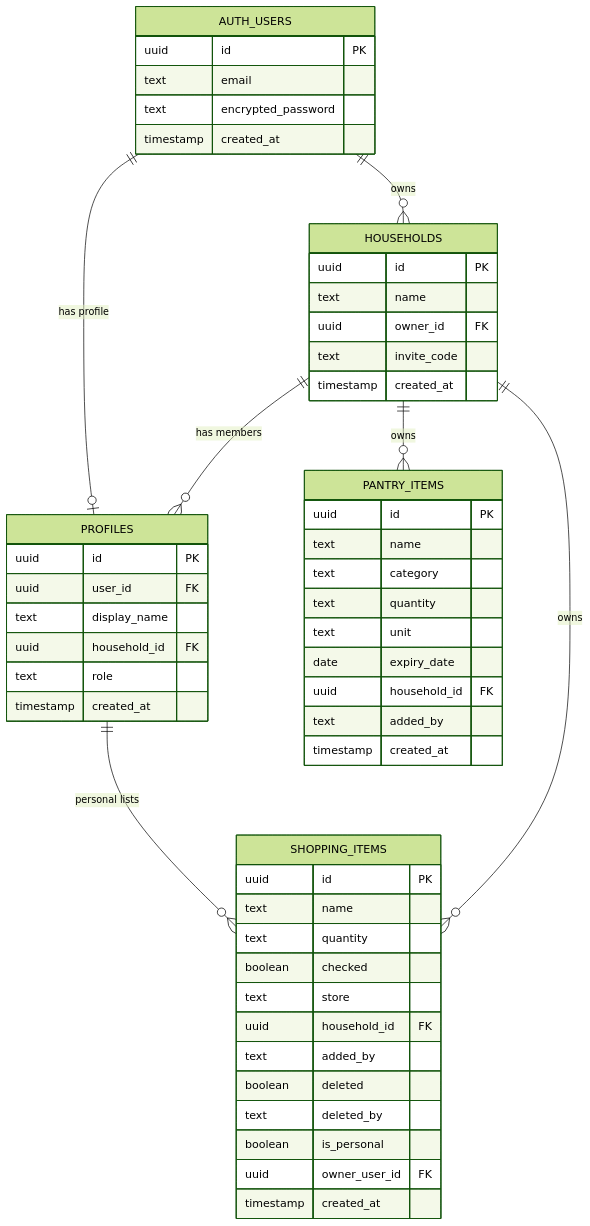
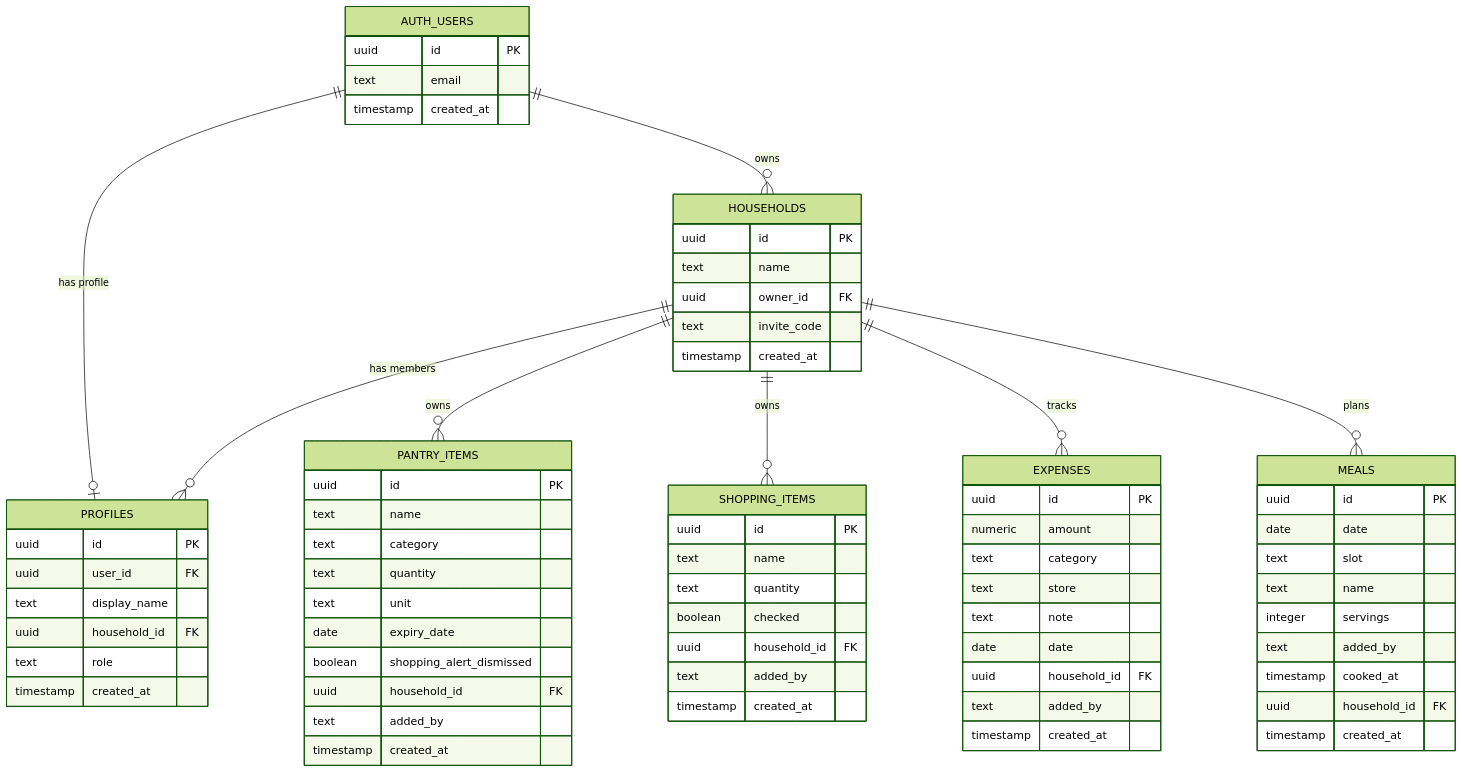
The tenth of 14 diagrams in docs/DIAGRAMS.md (JuliaBulg/family-hub), drawn with Mermaid (forest theme) before and after one commit. The commit also changed other lines of this file and 2 other files, not shown here.

````diff
--- a/docs/DIAGRAMS.md
+++ b/docs/DIAGRAMS.md
@@ -339,60 +319,80 @@
 ```mermaid
 erDiagram
     AUTH_USERS {
         uuid id PK
         text email
-        text encrypted_password
         timestamp created_at
     }
 
     HOUSEHOLDS {
         uuid id PK
         text name
         uuid owner_id FK
         text invite_code
         timestamp created_at
     }
 
     PROFILES {
         uuid id PK
         uuid user_id FK
         text display_name
         uuid household_id FK
         text role
         timestamp created_at
     }
 
     PANTRY_ITEMS {
         uuid id PK
         text name
         text category
         text quantity
         text unit
         date expiry_date
+        boolean shopping_alert_dismissed
         uuid household_id FK
         text added_by
         timestamp created_at
     }
 
     SHOPPING_ITEMS {
         uuid id PK
         text name
         text quantity
         boolean checked
-        text store
         uuid household_id FK
         text added_by
-        boolean deleted
-        text deleted_by
-        boolean is_personal
-        uuid owner_user_id FK
+        timestamp created_at
+    }
+
+    EXPENSES {
+        uuid id PK
+        numeric amount
+        text category
+        text store
+        text note
+        date date
+        uuid household_id FK
+        text added_by
+        timestamp created_at
+    }
+
+    MEALS {
+        uuid id PK
+        date date
+        text slot
+        text name
+        integer servings
+        text added_by
+        timestamp cooked_at
+        uuid household_id FK
         timestamp created_at
     }
 
     AUTH_USERS ||--o| PROFILES : "has profile"
     AUTH_USERS ||--o{ HOUSEHOLDS : "owns"
     HOUSEHOLDS ||--o{ PROFILES : "has members"
     HOUSEHOLDS ||--o{ PANTRY_ITEMS : "owns"
     HOUSEHOLDS ||--o{ SHOPPING_ITEMS : "owns"
-    PROFILES ||--o{ SHOPPING_ITEMS : "personal lists"
+    HOUSEHOLDS ||--o{ EXPENSES : "tracks"
+    HOUSEHOLDS ||--o{ MEALS : "plans"
 ```
````
